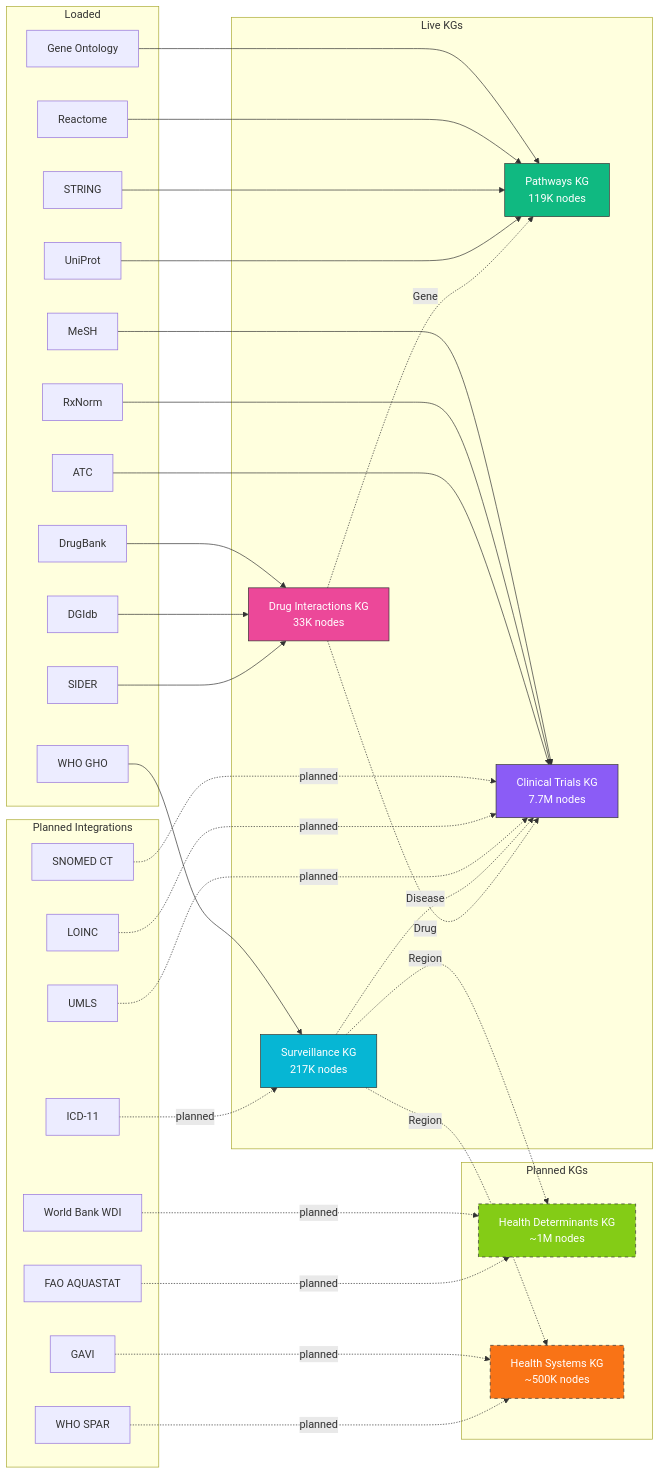
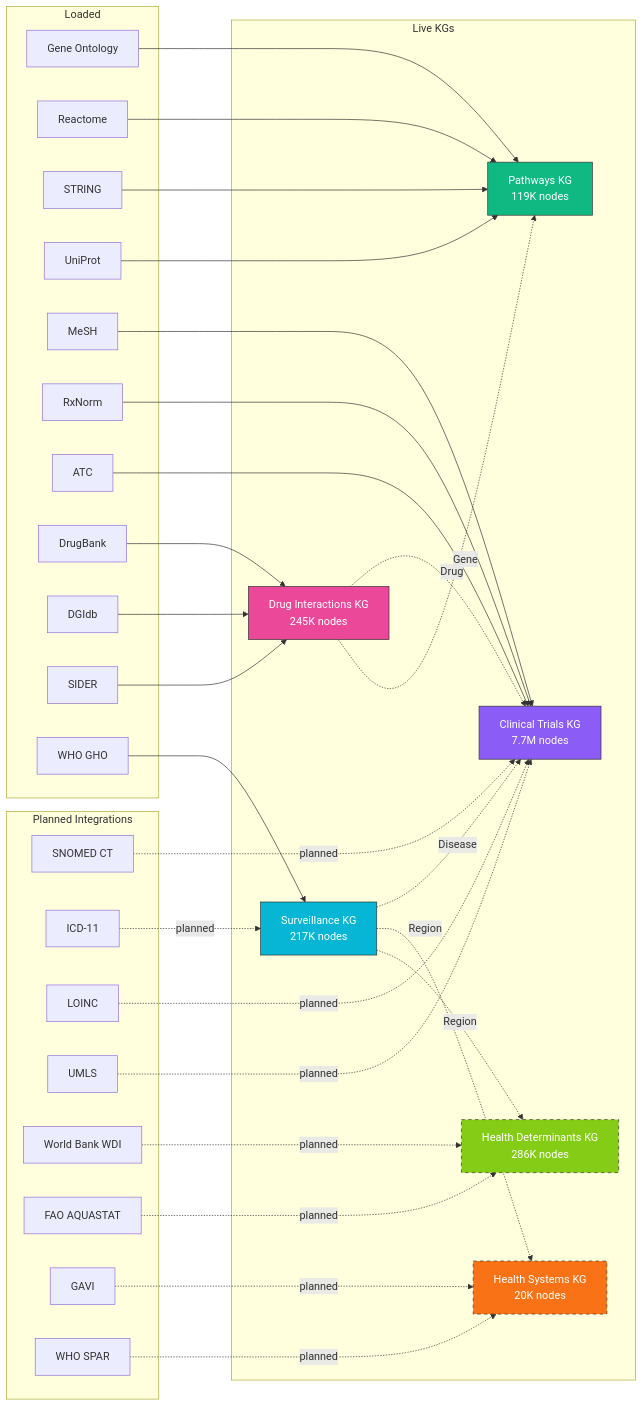
The second of 2 diagrams in src/ontology_catalog.md (samyama-ai/samyama-graph-book), drawn with Mermaid before and after one commit. The commit also changed 5 other files, not shown here.

````diff
--- a/src/ontology_catalog.md
+++ b/src/ontology_catalog.md
@@ -284,73 +284,70 @@
 ```mermaid
 graph LR
     subgraph "Live KGs"
         PKG["Pathways KG<br/>119K nodes"]
         CTKG["Clinical Trials KG<br/>7.7M nodes"]
-        DIKG["Drug Interactions KG<br/>33K nodes"]
+        DIKG["Drug Interactions KG<br/>245K nodes"]
         DSKG["Surveillance KG<br/>217K nodes"]
-    end
-
-    subgraph "Planned KGs"
-        HDKG["Health Determinants KG<br/>~1M nodes"]
-        HSKG["Health Systems KG<br/>~500K nodes"]
+        HDKG["Health Determinants KG<br/>286K nodes"]
+        HSKG["Health Systems KG<br/>20K nodes"]
     end
 
     subgraph "Loaded"
         GO["Gene Ontology"]
         Reactome["Reactome"]
         STRING["STRING"]
         UniProt["UniProt"]
         MeSH["MeSH"]
         RxNorm["RxNorm"]
         ATC["ATC"]
         DrugBank["DrugBank"]
         DGIdb["DGIdb"]
         SIDER["SIDER"]
         GHO["WHO GHO"]
     end
 
     subgraph "Planned Integrations"
         SNOMED["SNOMED CT"]
         ICD["ICD-11"]
         LOINC["LOINC"]
         UMLS["UMLS"]
         WDI["World Bank WDI"]
         AQUASTAT["FAO AQUASTAT"]
         GAVI["GAVI"]
         SPAR["WHO SPAR"]
     end
 
     GO --> PKG
     Reactome --> PKG
     STRING --> PKG
     UniProt --> PKG
     MeSH --> CTKG
     RxNorm --> CTKG
     ATC --> CTKG
     DrugBank --> DIKG
     DGIdb --> DIKG
     SIDER --> DIKG
     GHO --> DSKG
 
     SNOMED -.->|"planned"| CTKG
     ICD -.->|"planned"| DSKG
     LOINC -.->|"planned"| CTKG
     UMLS -.->|"planned"| CTKG
     WDI -.->|"planned"| HDKG
     AQUASTAT -.->|"planned"| HDKG
     GAVI -.->|"planned"| HSKG
     SPAR -.->|"planned"| HSKG
 
     DSKG -.->|"Region"| HDKG
     DSKG -.->|"Region"| HSKG
     DSKG -.->|"Disease"| CTKG
     DIKG -.->|"Gene"| PKG
     DIKG -.->|"Drug"| CTKG
 
     style PKG fill:#10b981,stroke:#333,color:#fff
     style CTKG fill:#8b5cf6,stroke:#333,color:#fff
     style DIKG fill:#ec4899,stroke:#333,color:#fff
     style DSKG fill:#06b6d4,stroke:#333,color:#fff
     style HDKG fill:#84cc16,stroke:#333,color:#fff,stroke-dasharray: 5 5
     style HSKG fill:#f97316,stroke:#333,color:#fff,stroke-dasharray: 5 5
 ```
````
